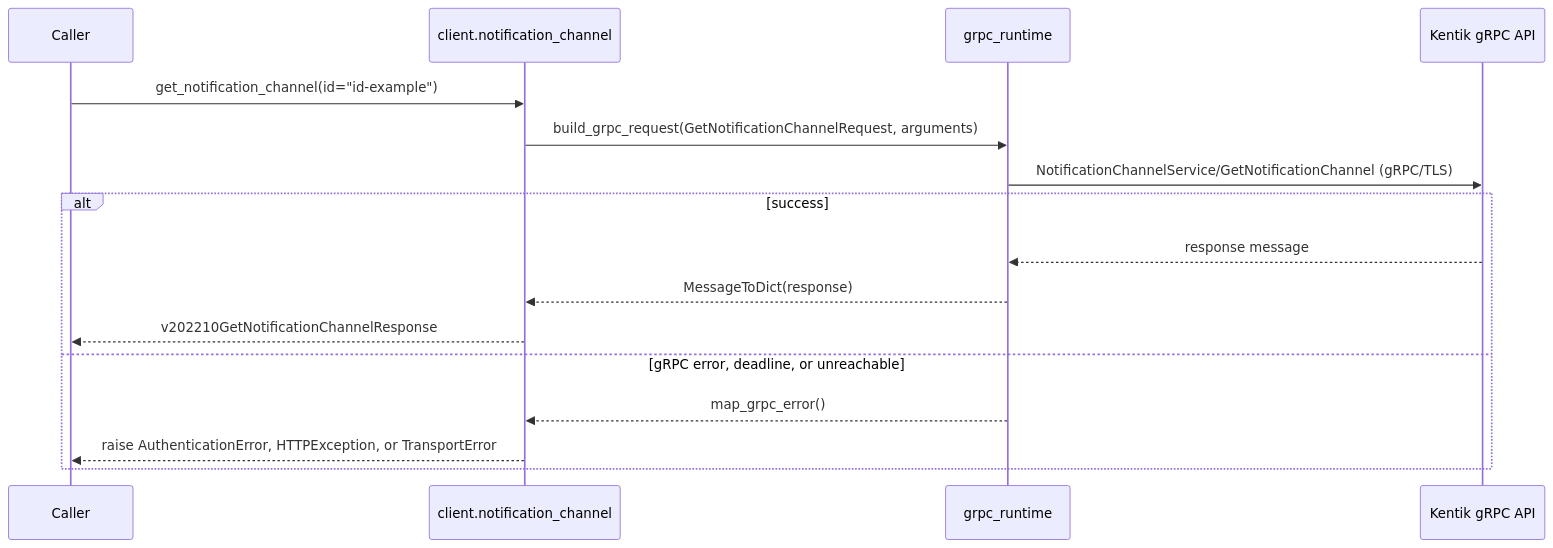
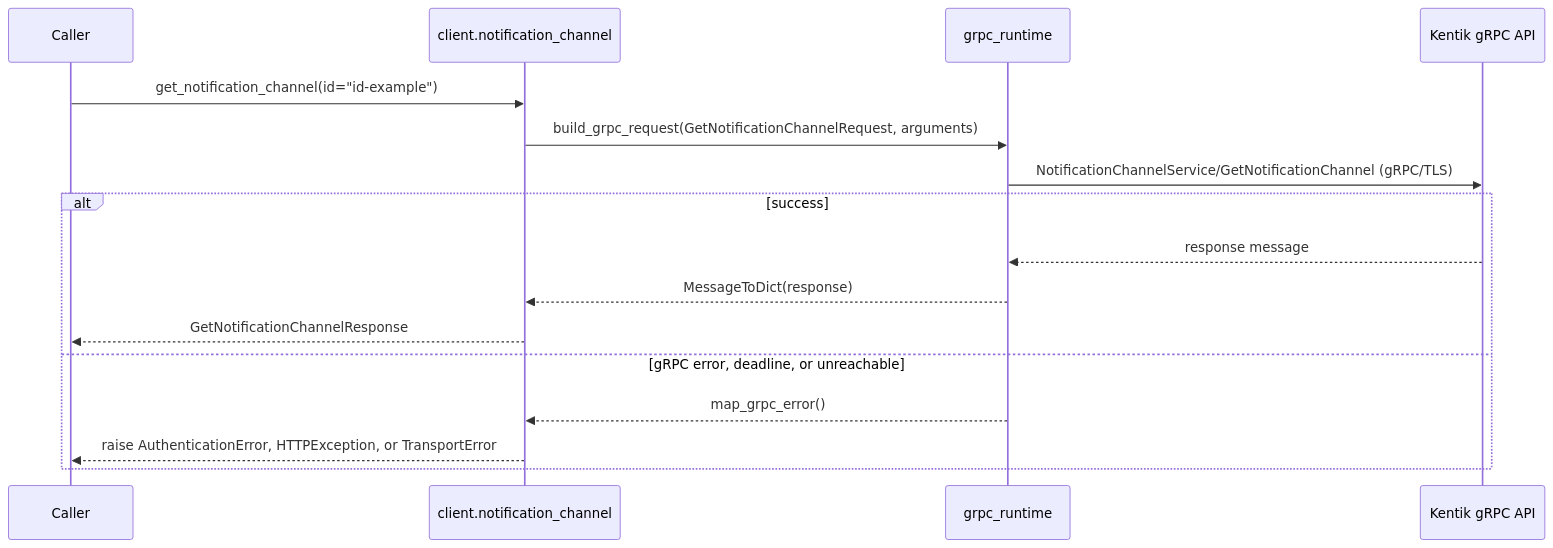
Before and after one commit to alexdearaujo/community_sdk_python: the seventh of 8 diagrams in docs/sphinx/services/notification_channel.md, drawn with Mermaid. The commit also changed other lines of this file and 38 other files, not shown here.

````diff
--- a/docs/sphinx/services/notification_channel.md
+++ b/docs/sphinx/services/notification_channel.md
@@ -203,19 +203,19 @@
 ```mermaid
 sequenceDiagram
     participant C as Caller
     participant W as client.notification_channel
     participant R as grpc_runtime
     participant API as Kentik gRPC API
 
     C->>W: get_notification_channel(id="id-example")
     W->>R: build_grpc_request(GetNotificationChannelRequest, arguments)
     R->>API: NotificationChannelService/GetNotificationChannel (gRPC/TLS)
     alt success
         API-->>R: response message
         R-->>W: MessageToDict(response)
-        W-->>C: v202210GetNotificationChannelResponse
+        W-->>C: GetNotificationChannelResponse
     else gRPC error, deadline, or unreachable
         R-->>W: map_grpc_error()
         W-->>C: raise AuthenticationError, HTTPException, or TransportError
     end
 ```
````
